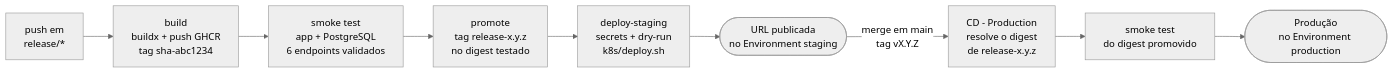
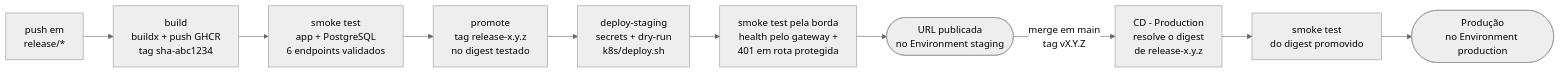
One commit to iuriian/tech-challenge-app changed the diagram in docs/solucao-e-arquitetura.md. Above: the diagram before and after it, drawn with Mermaid (neutral theme). The commit also changed other lines of this file and 8 other files, not shown here.

Commit message:
feat(cd): Reserved LoadBalancer IP and smoke test through the API Gateway

````diff
--- a/docs/solucao-e-arquitetura.md
+++ b/docs/solucao-e-arquitetura.md
@@ -190,11 +212,12 @@
 ```mermaid
 flowchart LR
     A["push em<br/>release/*"] --> B["build<br/>buildx + push GHCR<br/>tag sha-abc1234"]
     B --> C["smoke test<br/>app + PostgreSQL<br/>6 endpoints validados"]
     C --> D["promote<br/>tag release-x.y.z<br/>no digest testado"]
     D --> E["deploy-staging<br/>secrets + dry-run<br/>k8s/deploy.sh"]
-    E --> F(["URL publicada<br/>no Environment staging"])
+    E --> E2["smoke test pela borda<br/>health pelo gateway +<br/>401 em rota protegida"]
+    E2 --> F(["URL publicada<br/>no Environment staging"])
     F -->|"merge em main<br/>tag vX.Y.Z"| G["CD - Production<br/>resolve o digest<br/>de release-x.y.z"]
     G --> H["smoke test<br/>do digest promovido"]
     H --> I(["Produção<br/>no Environment production"])
 ```
````
